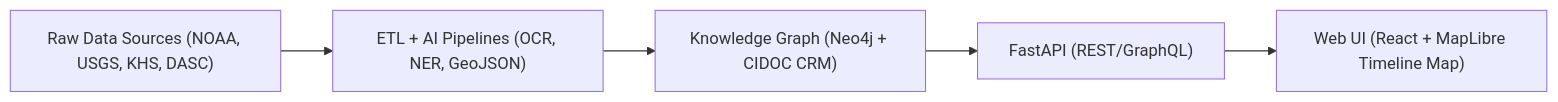
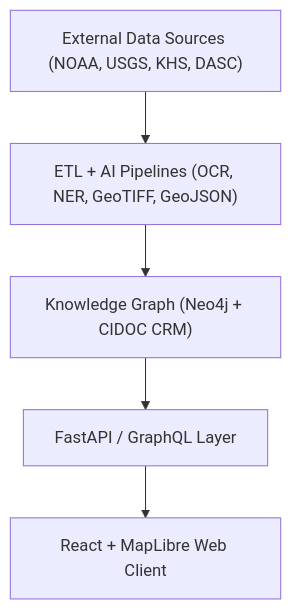
The diagram in README.md (bartytime4life/Kansas-Frontier-Matrix), drawn with Mermaid before and after one commit. The commit also changed other lines of this file, not shown here.

````diff
--- a/README.md
+++ b/README.md
@@ -85,7 +86,9 @@
 ```mermaid
-flowchart LR
-A["Raw Data Sources (NOAA, USGS, KHS, DASC)"] --> B["ETL + AI Pipelines (OCR, NER, GeoJSON)"]
-B --> C["Knowledge Graph (Neo4j + CIDOC CRM)"]
-C --> D["FastAPI (REST/GraphQL)"]
-D --> E["Web UI (React + MapLibre Timeline Map)"]
+flowchart TD
+A["External Data Sources (NOAA, USGS, KHS, DASC)"]
+B["ETL + AI Pipelines (OCR, NER, GeoTIFF, GeoJSON)"]
+C["Knowledge Graph (Neo4j + CIDOC CRM)"]
+D["FastAPI / GraphQL Layer"]
+E["React + MapLibre Web Client"]
+A --> B --> C --> D --> E
 ```
````
